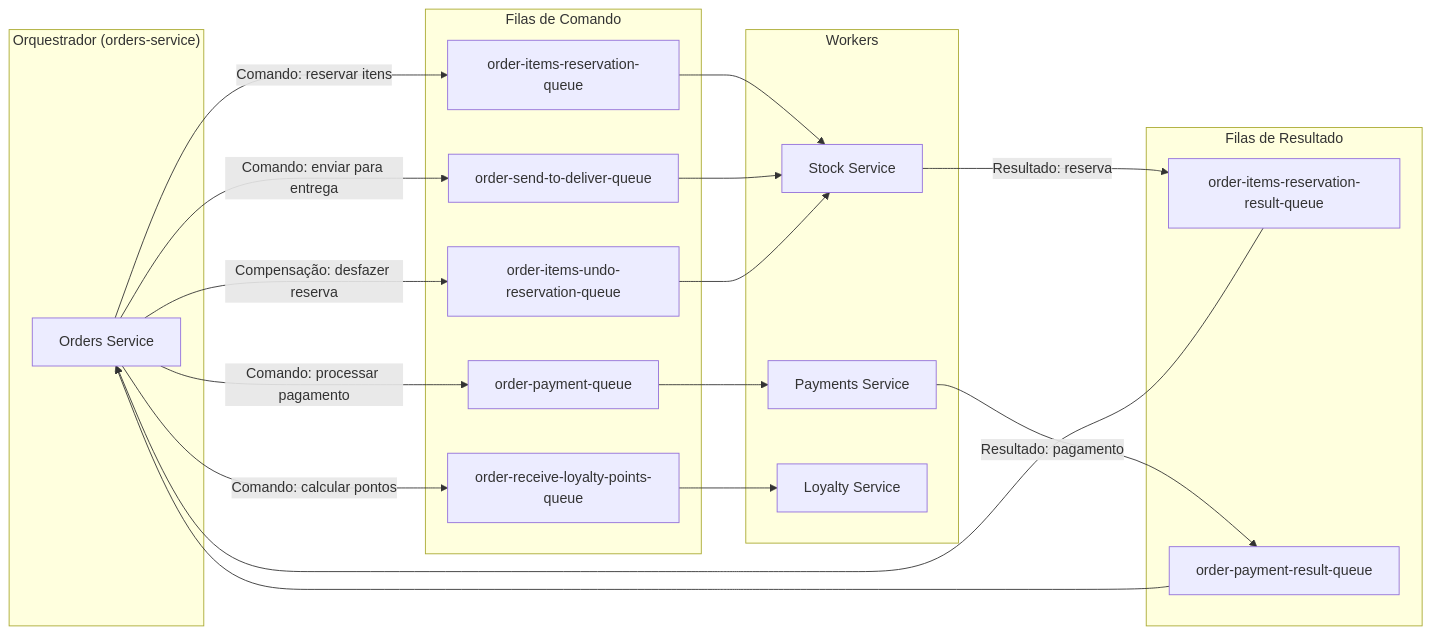
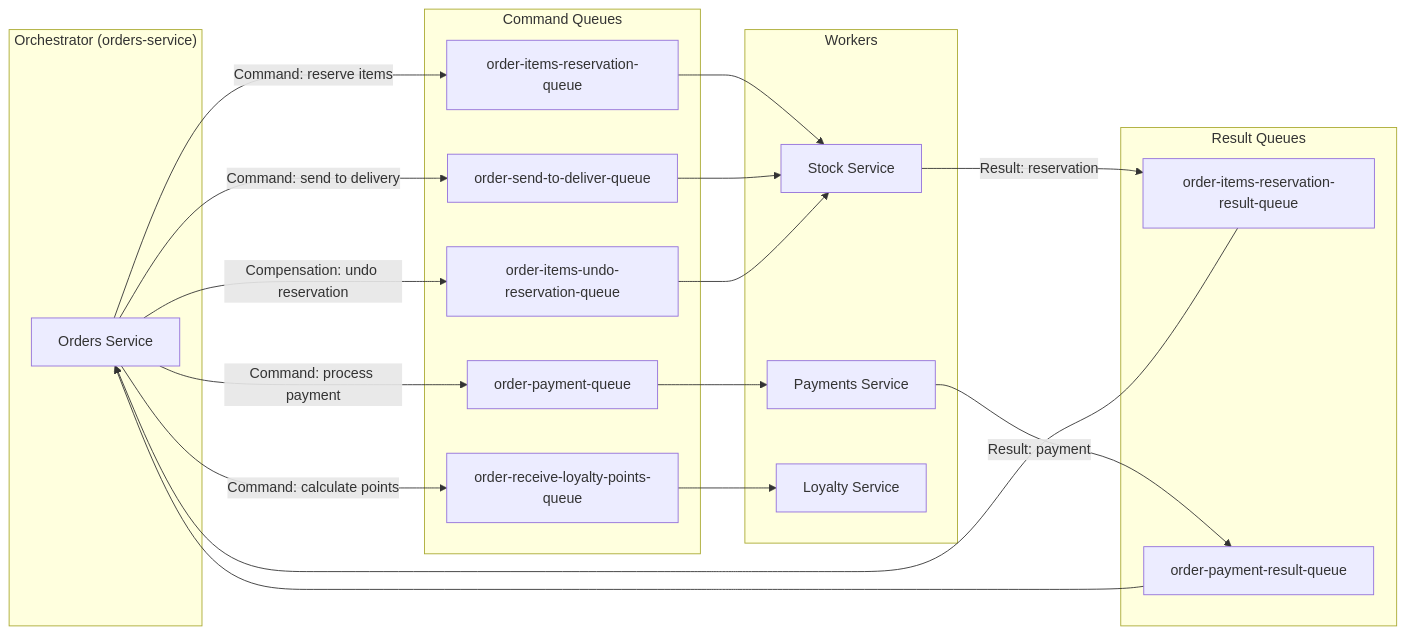
Before and after one commit to DevVictor19/microservices-saga-pattern: the second of 4 diagrams in orchestrated-saga/@docs/orchestrated-saga-flow.md, drawn with Mermaid. The commit also changed other lines of this file and 2 other files, not shown here.

````diff
--- a/orchestrated-saga/@docs/orchestrated-saga-flow.md
+++ b/orchestrated-saga/@docs/orchestrated-saga-flow.md
@@ -148,43 +148,43 @@
 ```mermaid
 flowchart LR
-    subgraph Orchestrator["Orquestrador (orders-service)"]
+    subgraph Orchestrator["Orchestrator (orders-service)"]
         O[Orders Service]
     end
 
-    subgraph Commands["Filas de Comando"]
+    subgraph Commands["Command Queues"]
         Q1[order-items-reservation-queue]
         Q3[order-payment-queue]
         Q5[order-send-to-deliver-queue]
         Q6[order-receive-loyalty-points-queue]
         Q7[order-items-undo-reservation-queue]
     end
 
-    subgraph Results["Filas de Resultado"]
+    subgraph Results["Result Queues"]
         Q2[order-items-reservation-result-queue]
         Q4[order-payment-result-queue]
     end
 
     subgraph Workers["Workers"]
         S[Stock Service]
         P[Payments Service]
         L[Loyalty Service]
     end
 
-    O -->|"Comando: reservar itens"| Q1
-    O -->|"Comando: processar pagamento"| Q3
-    O -->|"Comando: enviar para entrega"| Q5
-    O -->|"Comando: calcular pontos"| Q6
-    O -->|"Compensação: desfazer reserva"| Q7
+    O -->|"Command: reserve items"| Q1
+    O -->|"Command: process payment"| Q3
+    O -->|"Command: send to delivery"| Q5
+    O -->|"Command: calculate points"| Q6
+    O -->|"Compensation: undo reservation"| Q7
 
     Q1 --> S
     Q3 --> P
     Q5 --> S
     Q6 --> L
     Q7 --> S
 
-    S -->|"Resultado: reserva"| Q2
-    P -->|"Resultado: pagamento"| Q4
+    S -->|"Result: reservation"| Q2
+    P -->|"Result: payment"| Q4
 
     Q2 --> O
     Q4 --> O
 ```
````
